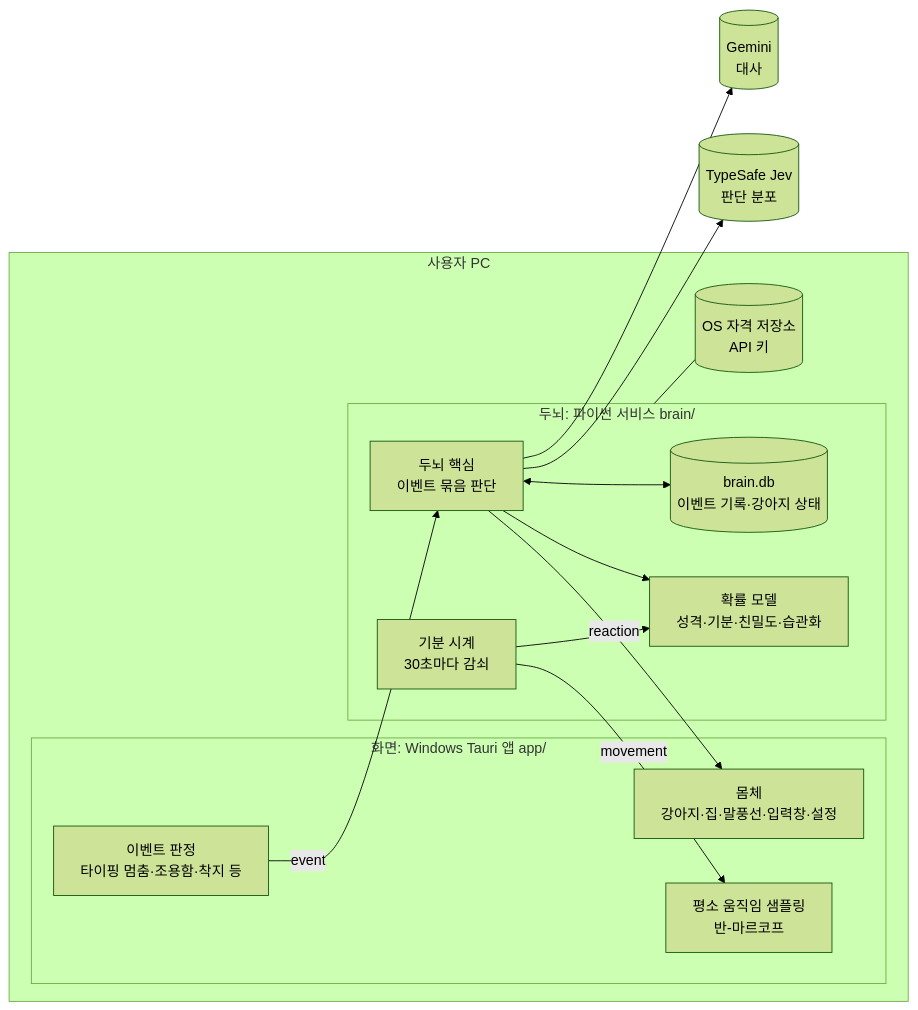
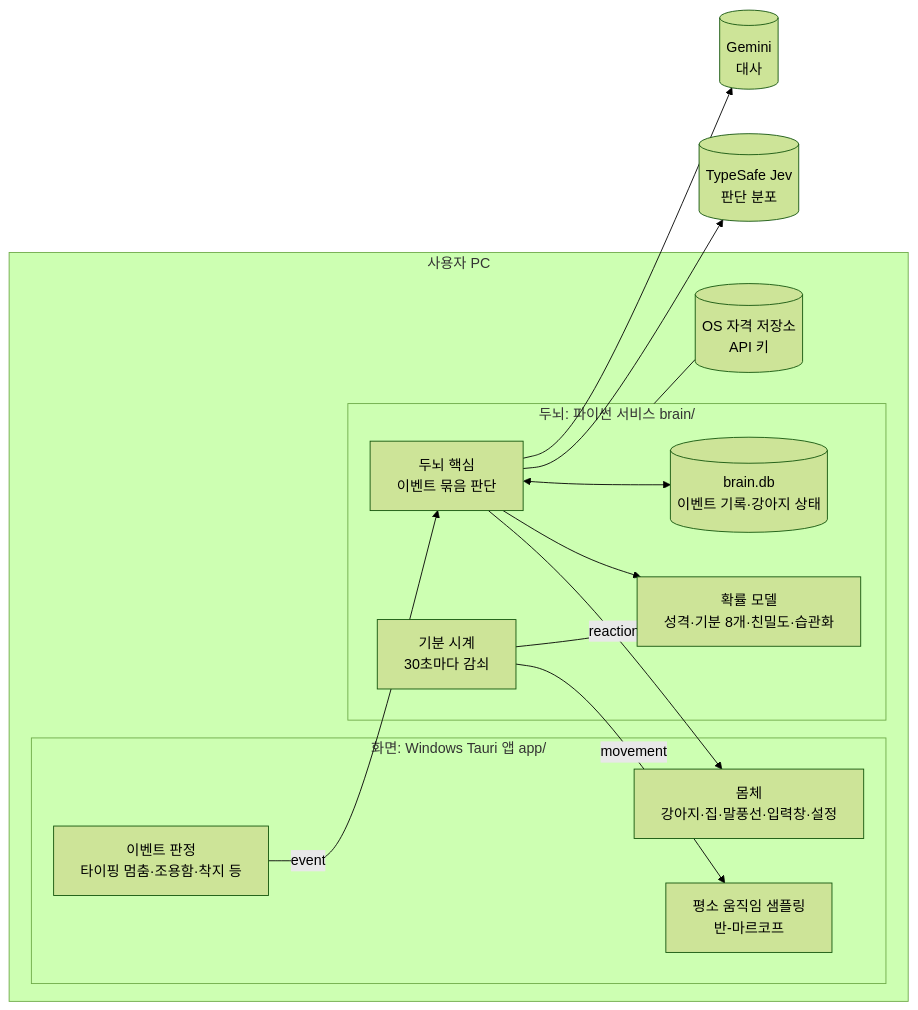
Before and after one commit to HEOSEONGILml/AssistantChatBot: the first of 5 diagrams in ARCHITECTURE.md, drawn with Mermaid (forest theme). The commit also changed other lines of this file and 2 other files, not shown here.

Commit message:
docs: 기분 8개·즉각 반응을 ARCHITECTURE·용어집·체크리스트에 반영

````diff
--- a/ARCHITECTURE.md
+++ b/ARCHITECTURE.md
@@ -9,29 +9,29 @@
 ```mermaid
 flowchart LR
   subgraph PC[사용자 PC]
     subgraph SCR[화면: Windows Tauri 앱 app/]
       BODY[몸체<br>강아지·집·말풍선·입력창·설정]
       EVT[이벤트 판정<br>타이핑 멈춤·조용함·착지 등]
       MOV[평소 움직임 샘플링<br>반-마르코프]
     end
     subgraph BR[두뇌: 파이썬 서비스 brain/]
       CORE[두뇌 핵심<br>이벤트 묶음 판단]
-      MODEL[확률 모델<br>성격·기분·친밀도·습관화]
+      MODEL[확률 모델<br>성격·기분 8개·친밀도·습관화]
       CLK[기분 시계<br>30초마다 감쇠]
       STORE[(brain.db<br>이벤트 기록·강아지 상태)]
     end
     KEYS[(OS 자격 저장소<br>API 키)]
   end
   JEV[(TypeSafe Jev<br>판단 분포)]
   GEM[(Gemini<br>대사)]
 
   EVT -- event --> CORE
   CORE -- reaction --> BODY
   CLK -- movement --> MOV
   CORE --> MODEL
   CLK --> MODEL
   CORE <--> STORE
   CORE --> JEV
   CORE --> GEM
   BR --- KEYS
 ```
````
